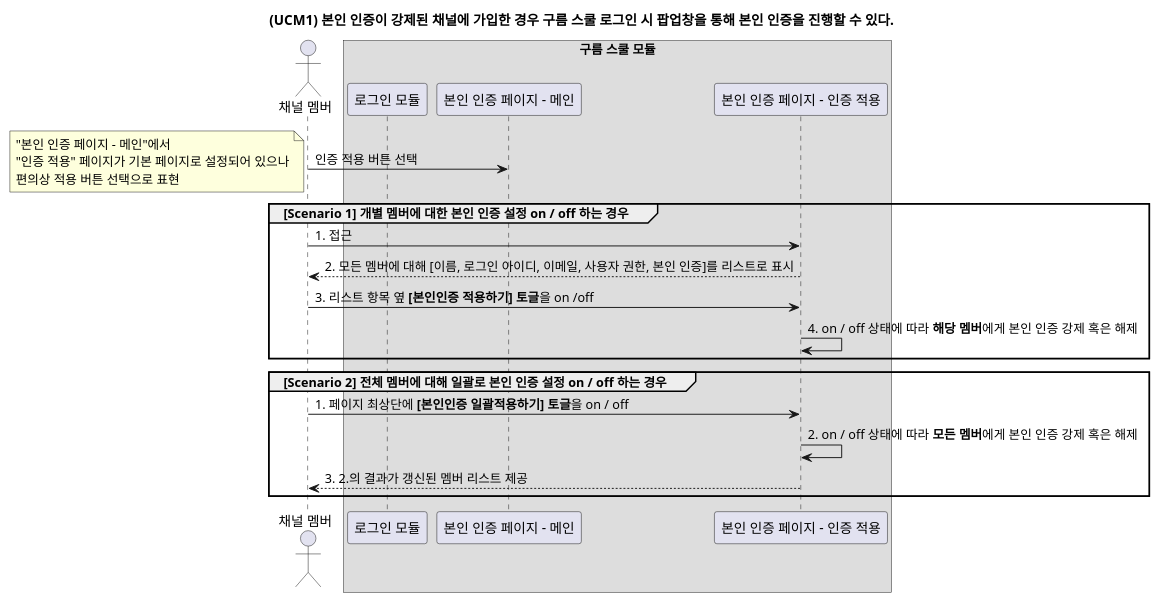
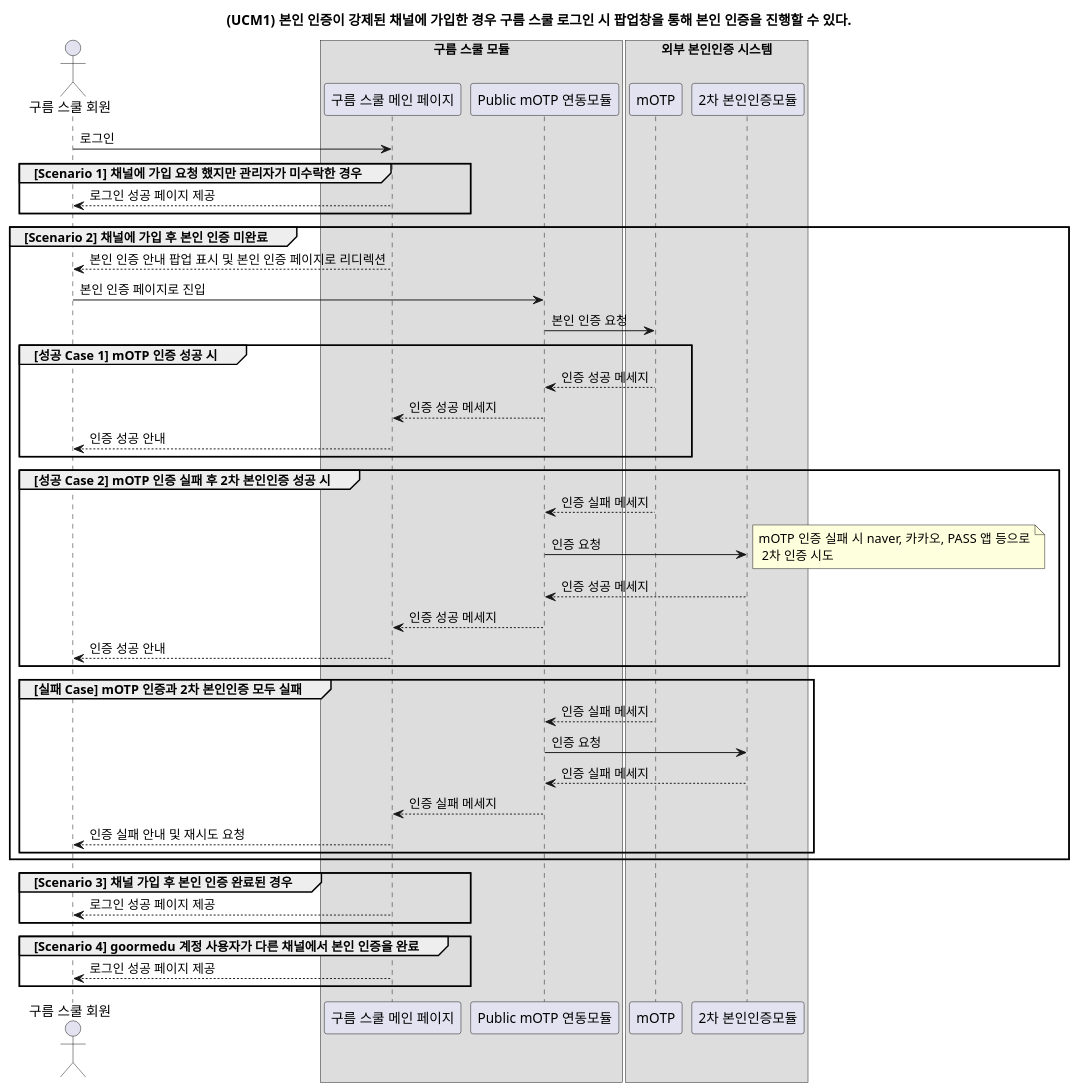
The diagram in 본인인증기획/시퀀스 다이어그램/UCM1.puml (YoonsooOh/tech-study), drawn with PlantUML before and after one commit. The commit also changed 1 other file, not shown here.

```diff
--- a/본인인증기획/시퀀스 다이어그램/UCM1.puml
+++ b/본인인증기획/시퀀스 다이어그램/UCM1.puml
@@ -1,36 +1,69 @@
 @startuml
 
 title (UCM1) 본인 인증이 강제된 채널에 가입한 경우 구름 스쿨 로그인 시 팝업창을 통해 본인 인증을 진행할 수 있다.
 
-actor "채널 멤버"
+actor "구름 스쿨 회원"
+
+'3. 채널 멤버의 상태에 따른 플로우
+'    1. **신규 유저**의 경우 (**채널 미가입 멤버**인 경우)
+'        1. 회원 가입 → 관리자의 수락 → 채널 멤버로서 **첫 로그인 시** 본인인증
+'    2. **채널에 가입된 유저**의 경우 (**채널의 멤버**인 경우)
+'        1. 관리자가 본인인증 강제를 설정한 경우, 유저의 **첫 로그인 시** 본인인증
+
 
 box "구름 스쿨 모듈"
-
-participant "로그인 모듈"
-
-
-participant "본인 인증 페이지 - 메인"
-participant "본인 인증 페이지 - 인증 적용"
+participant "구름 스쿨 메인 페이지"
+participant "Public mOTP 연동모듈"
 endbox
 
-"채널 멤버" -> "본인 인증 페이지 - 메인" : 인증 적용 버튼 선택
-note left
-"본인 인증 페이지 - 메인"에서
-"인증 적용" 페이지가 기본 페이지로 설정되어 있으나
-편의상 적용 버튼 선택으로 표현
-end note
+box "외부 본인인증 시스템"
+participant mOTP
+participant "2차 본인인증모듈"
+endbox
 
+"구름 스쿨 회원" -> "구름 스쿨 메인 페이지" : 로그인
 
-group [Scenario 1] 개별 멤버에 대한 본인 인증 설정 on / off 하는 경우
-"채널 멤버" -> "본인 인증 페이지 - 인증 적용" : 1. 접근
-"본인 인증 페이지 - 인증 적용" --> "채널 멤버" : 2. 모든 멤버에 대해 [이름, 로그인 아이디, 이메일, 사용자 권한, 본인 인증]를 리스트로 표시
-"채널 멤버" -> "본인 인증 페이지 - 인증 적용" : 3. 리스트 항목 옆 **[본인인증 적용하기] 토글**을 on /off
-"본인 인증 페이지 - 인증 적용" -> "본인 인증 페이지 - 인증 적용" : 4. on / off 상태에 따라 **해당 멤버**에게 본인 인증 강제 혹은 해제
+group [Scenario 1] 채널에 가입 요청 했지만 관리자가 미수락한 경우
+"구름 스쿨 메인 페이지" --> "구름 스쿨 회원" : 로그인 성공 페이지 제공
 end
 
-group [Scenario 2] 전체 멤버에 대해 일괄로 본인 인증 설정 on / off 하는 경우
-"채널 멤버" -> "본인 인증 페이지 - 인증 적용" : 1. 페이지 최상단에 **[본인인증 일괄적용하기] 토글**을 on / off
-"본인 인증 페이지 - 인증 적용" -> "본인 인증 페이지 - 인증 적용" : 2. on / off 상태에 따라 **모든 멤버**에게 본인 인증 강제 혹은 해제
-"본인 인증 페이지 - 인증 적용" --> "채널 멤버" : 3. 2.의 결과가 갱신된 멤버 리스트 제공
+group [Scenario 2] 채널에 가입 후 본인 인증 미완료
+
+"구름 스쿨 메인 페이지" --> "구름 스쿨 회원" : 본인 인증 안내 팝업 표시 및 본인 인증 페이지로 리디렉션
+"구름 스쿨 회원" -> "Public mOTP 연동모듈" : 본인 인증 페이지로 진입
+"Public mOTP 연동모듈" -> mOTP : 본인 인증 요청
+
+group [성공 Case 1] mOTP 인증 성공 시
+mOTP --> "Public mOTP 연동모듈" : 인증 성공 메세지
+"Public mOTP 연동모듈" --> "구름 스쿨 메인 페이지" : 인증 성공 메세지
+"구름 스쿨 메인 페이지" --> "구름 스쿨 회원": 인증 성공 안내
+
 end
+group [성공 Case 2] mOTP 인증 실패 후 2차 본인인증 성공 시
+mOTP --> "Public mOTP 연동모듈" : 인증 실패 메세지
+"Public mOTP 연동모듈" -> "2차 본인인증모듈" : 인증 요청
+note right: mOTP 인증 실패 시 naver, 카카오, PASS 앱 등으로\n 2차 인증 시도
+"2차 본인인증모듈" --> "Public mOTP 연동모듈" : 인증 성공 메세지
+"Public mOTP 연동모듈" --> "구름 스쿨 메인 페이지" : 인증 성공 메세지
+"구름 스쿨 메인 페이지" --> "구름 스쿨 회원": 인증 성공 안내
+end
+
+group [실패 Case] mOTP 인증과 2차 본인인증 모두 실패
+mOTP --> "Public mOTP 연동모듈" : 인증 실패 메세지
+"Public mOTP 연동모듈" -> "2차 본인인증모듈" : 인증 요청
+"2차 본인인증모듈" --> "Public mOTP 연동모듈" : 인증 실패 메세지
+"Public mOTP 연동모듈" --> "구름 스쿨 메인 페이지" : 인증 실패 메세지
+"구름 스쿨 메인 페이지" --> "구름 스쿨 회원": 인증 실패 안내 및 재시도 요청
+end
+
+end
+
+group [Scenario 3] 채널 가입 후 본인 인증 완료된 경우
+"구름 스쿨 메인 페이지" --> "구름 스쿨 회원" : 로그인 성공 페이지 제공
+end
+
+group [Scenario 4] goormedu 계정 사용자가 다른 채널에서 본인 인증을 완료
+"구름 스쿨 메인 페이지" --> "구름 스쿨 회원" : 로그인 성공 페이지 제공
+end
+
 @enduml
```
